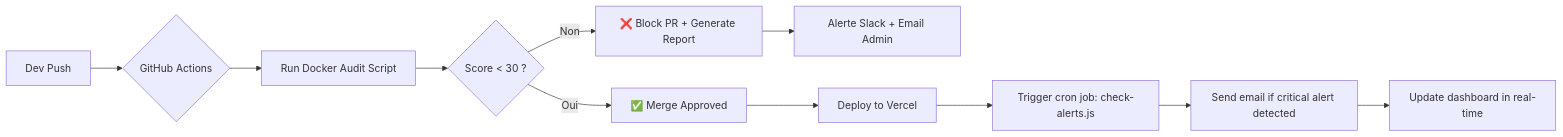
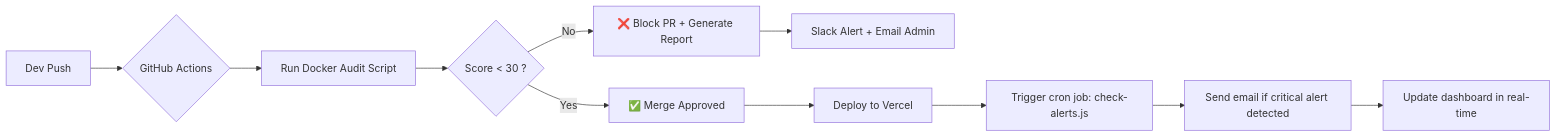
Before and after one commit to MCH-512/crewsphere: the diagram in README.md, drawn with Mermaid. The commit also changed other lines of this file, not shown here.

````diff
--- a/README.md
+++ b/README.md
@@ -94,13 +147,13 @@
 ```mermaid
 graph LR
     A[Dev Push] --> B{GitHub Actions}
     B --> C[Run Docker Audit Script]
     C --> D{Score < 30 ?}
-    D -- Oui --> E[✅ Merge Approved]
-    D -- Non --> F[❌ Block PR + Generate Report]
-    F --> G[Alerte Slack + Email Admin]
+    D -- Yes --> E[✅ Merge Approved]
+    D -- No --> F[❌ Block PR + Generate Report]
+    F --> G[Slack Alert + Email Admin]
     E --> H[Deploy to Vercel]
     H --> I[Trigger cron job: check-alerts.js]
     I --> J[Send email if critical alert detected]
     J --> K[Update dashboard in real-time]
 ```
````
